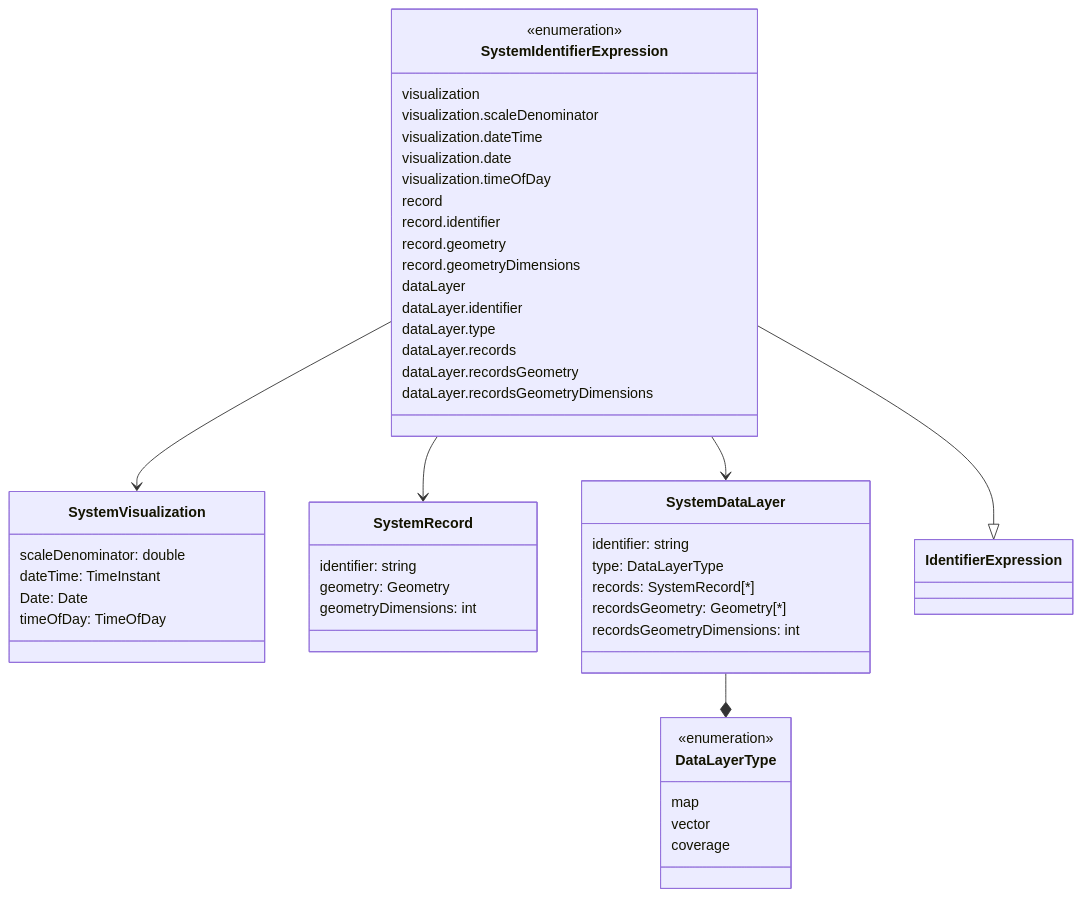
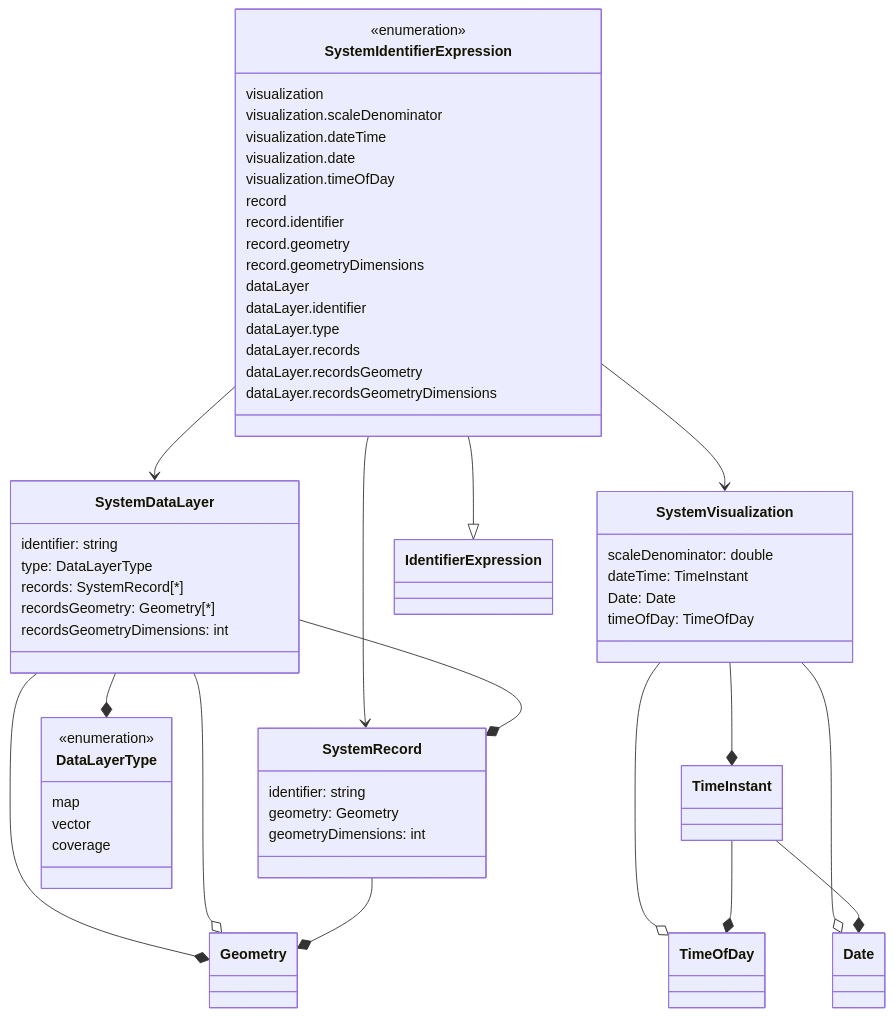
The diagram in core/UML/mermaid/systemIdentifiers.md (opengeospatial/styles-and-symbology), drawn with Mermaid before and after one commit.

Commit message:
UML/systemIdentifiers: Added missing relations

````diff
--- a/core/UML/mermaid/systemIdentifiers.md
+++ b/core/UML/mermaid/systemIdentifiers.md
@@ -3,57 +3,66 @@
 ```mermaid
 
 classDiagram
 
 class SystemVisualization {
    scaleDenominator: double
    dateTime: TimeInstant
    Date: Date
    timeOfDay: TimeOfDay
 }
 
 class SystemRecord {
    identifier: string
    geometry: Geometry
    geometryDimensions: int
 }
 
 class DataLayerType {
    <<enumeration>>
    map
    vector
    coverage
 }
 
 class SystemDataLayer {
    identifier: string
    type: DataLayerType
    records: SystemRecord[*]
    recordsGeometry: Geometry[*]
    recordsGeometryDimensions: int
 }
 
 class SystemIdentifierExpression {
    <<enumeration>>
 
    visualization
    visualization.scaleDenominator
    visualization.dateTime
    visualization.date
    visualization.timeOfDay
    record
    record.identifier
    record.geometry
    record.geometryDimensions
    dataLayer
    dataLayer.identifier
    dataLayer.type
    dataLayer.records
    dataLayer.recordsGeometry
    dataLayer.recordsGeometryDimensions
 }
 SystemIdentifierExpression --|> IdentifierExpression
 SystemIdentifierExpression --> SystemVisualization
 SystemIdentifierExpression --> SystemRecord
 SystemIdentifierExpression --> SystemDataLayer
 SystemDataLayer --* DataLayerType
+SystemDataLayer --* Geometry
+SystemDataLayer --* SystemRecord
+SystemDataLayer --o Geometry
+SystemRecord --* Geometry
+SystemVisualization --* TimeInstant
+SystemVisualization --o Date
+SystemVisualization --o TimeOfDay
+TimeInstant --* Date
+TimeInstant --* TimeOfDay
 ```
````
